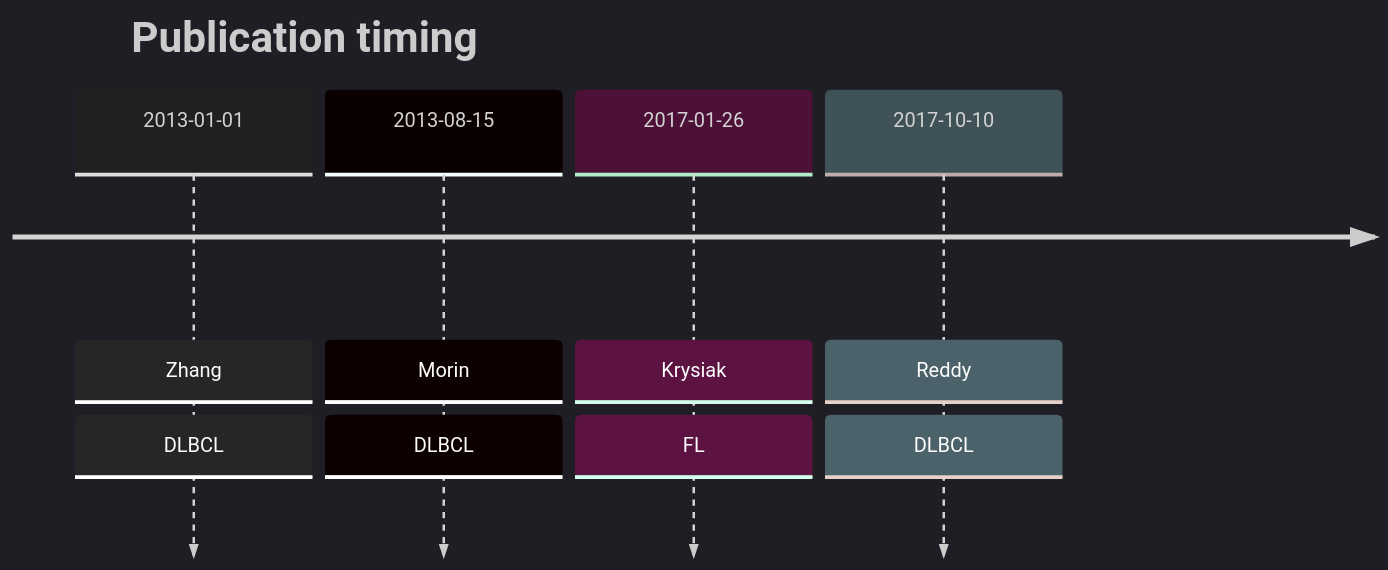
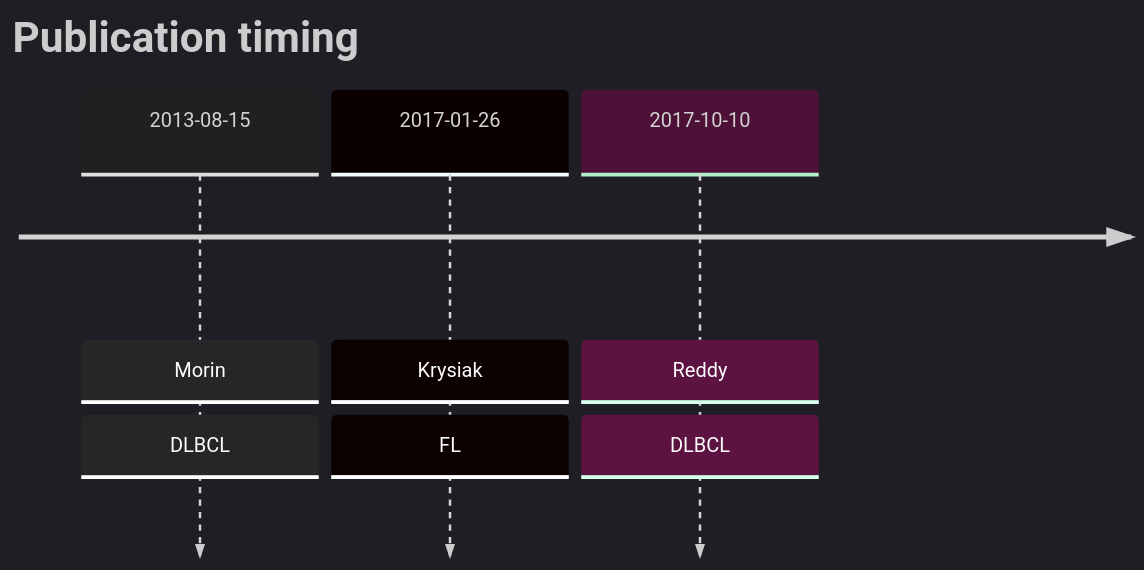
One commit to morinlab/lymphopedia changed the diagram in ZNF608.md. Above: the diagram before and after it, drawn with Mermaid.

````diff
--- a/ZNF608.md
+++ b/ZNF608.md
@@ -9,9 +9,8 @@
 ```mermaid
 %%{init: { 'logLevel': 'debug', 'theme': 'dark' } }%%
 timeline
     title Publication timing
-      2013-01-01 : Zhang : DLBCL
       2013-08-15 : Morin : DLBCL
       2017-01-26 : Krysiak : FL
       2017-10-10 : Reddy : DLBCL
 ```
````
